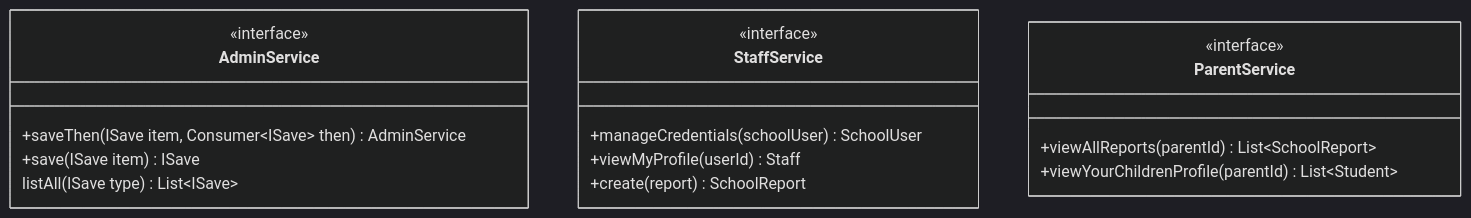
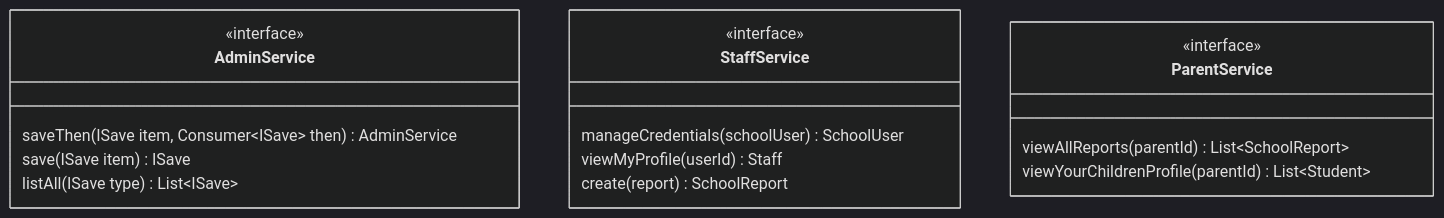
The second of 2 diagrams in README.md (gondaimgano/harriston-spring-multi-module-project), drawn with Mermaid (dark theme) before and after one commit.

````diff
--- a/README.md
+++ b/README.md
@@ -27,19 +27,19 @@
 ```mermaid
 classDiagram
 class AdminService
 <<interface>> AdminService
-AdminService : +saveThen(ISave item, Consumer~ISave~ then) AdminService
-AdminService : +save(ISave item) ISave
+AdminService : saveThen(ISave item, Consumer~ISave~ then) AdminService
+AdminService : save(ISave item) ISave
 AdminService : listAll(ISave type) List~ISave~
 
 class StaffService
 <<interface>> StaffService
-StaffService : +manageCredentials(schoolUser) SchoolUser
-StaffService : +viewMyProfile(userId) Staff
-StaffService : +create(report) SchoolReport
+StaffService : manageCredentials(schoolUser) SchoolUser
+StaffService : viewMyProfile(userId) Staff
+StaffService : create(report) SchoolReport
 
 class ParentService
 <<interface>> ParentService
-ParentService : +viewAllReports(parentId) List~SchoolReport~
-ParentService : +viewYourChildrenProfile(parentId) List~Student~
+ParentService : viewAllReports(parentId) List~SchoolReport~
+ParentService : viewYourChildrenProfile(parentId) List~Student~
 ```
````
